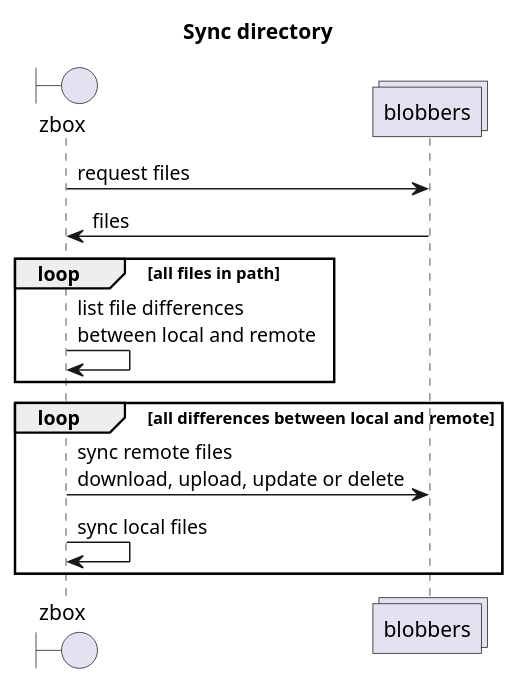
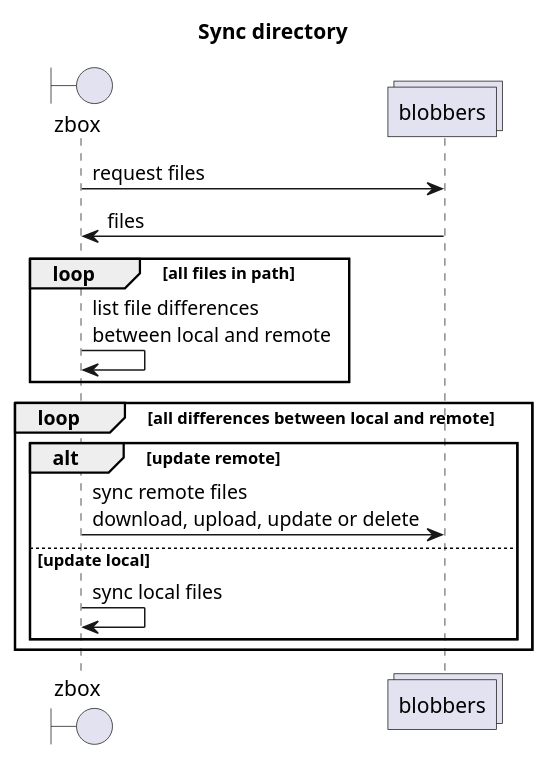
One commit to 0chain/zboxcli changed diagram 16 of 16 in documents/uml2.md. Above: the diagram before and after it, drawn with PlantUML. The commit also changed 1 other file, not shown here.

Commit message:
update sync

````diff
--- a/documents/uml2.md
+++ b/documents/uml2.md
@@ -193,14 +193,17 @@
 ```puml
 title Sync directory
 boundary zbox 
 collections blobbers
 zbox -> blobbers : request files
 blobbers -> zbox : files
 loop all files in path
    zbox -> zbox : list file differences\nbetween local and remote 
 end
 loop all differences between local and remote
-    zbox -> blobbers : sync remote files\ndownload, upload, update or delete
-    zbox -> zbox : sync local files
+    alt update remote
+        zbox -> blobbers : sync remote files\ndownload, upload, update or delete
+    else update local
+        zbox -> zbox : sync local files
+    end
 end
 ```
````
